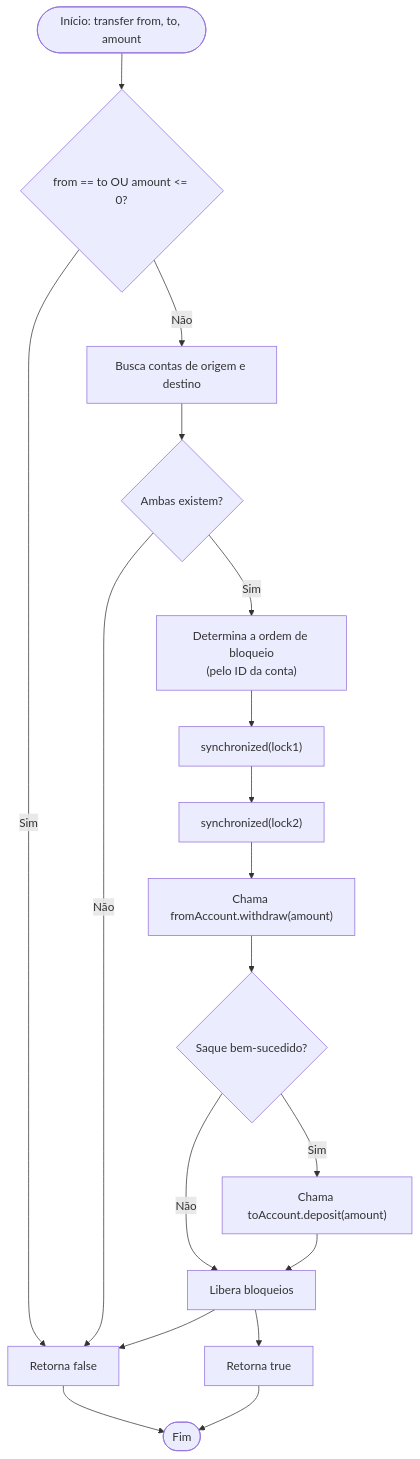
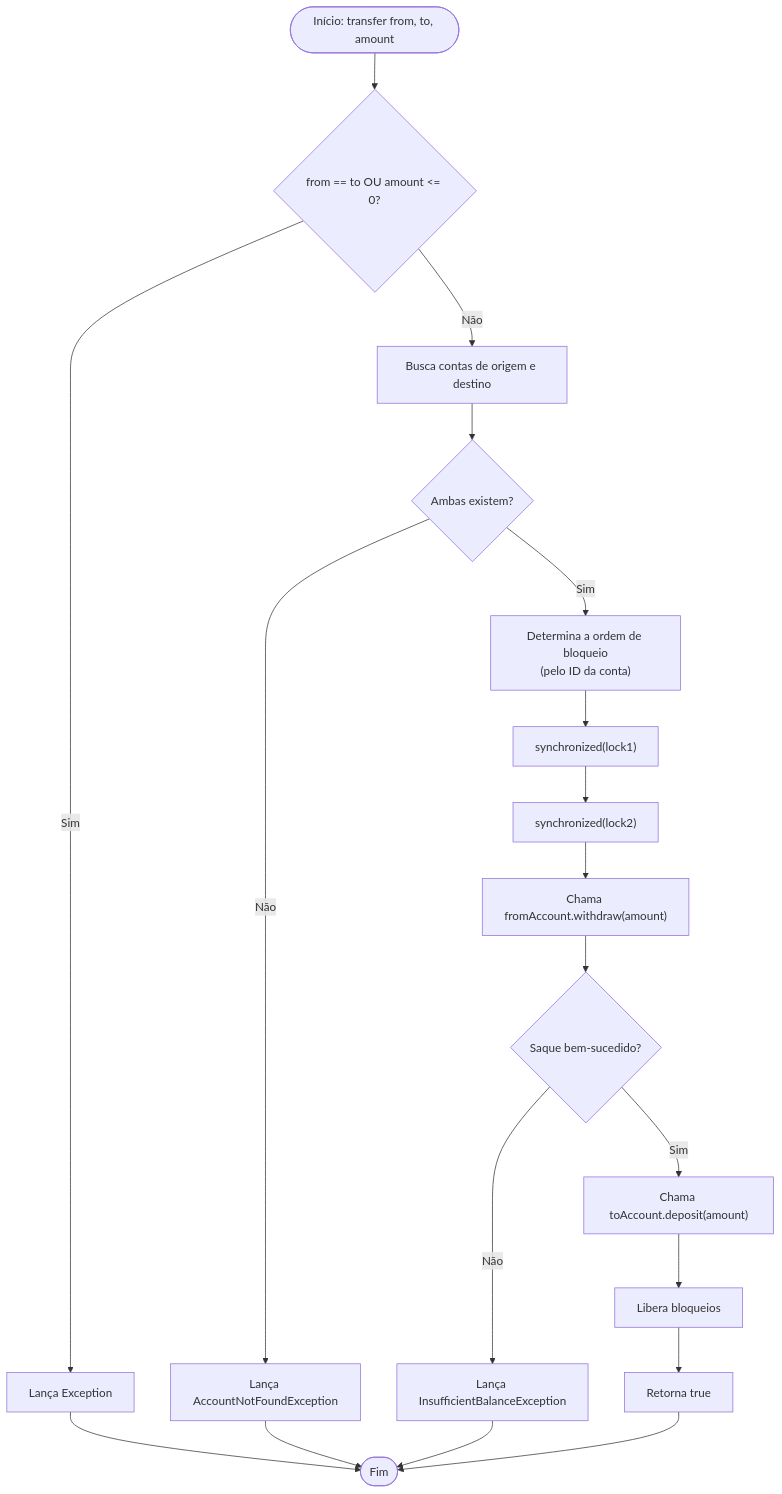
Before and after one commit to guiassys/nubank-training: the fourth of 4 diagrams in doc/architecture/mermaid_level_4.md, drawn with Mermaid. The commit also changed other lines of this file and 3 other files, not shown here.

Commit message:
fix: add exceptions in mermaid diagrans

````diff
--- a/doc/architecture/mermaid_level_4.md
+++ b/doc/architecture/mermaid_level_4.md
@@ -72,24 +73,26 @@
 ```mermaid
 flowchart TD
     Start([Início: transfer from, to, amount]) --> ValidateInput{from == to OU amount <= 0?}
-    ValidateInput -- Sim --> ReturnFalse[Retorna false]
+    ValidateInput -- Sim --> ThrowException[Lança Exception]
 
     ValidateInput -- Não --> GetAccounts[Busca contas de origem e destino]
     GetAccounts --> CheckAccounts{Ambas existem?}
-    CheckAccounts -- Não --> ReturnFalse
+    CheckAccounts -- Não --> ThrowNotFound[Lança AccountNotFoundException]
 
     CheckAccounts -- Sim --> DetermineLockOrder["Determina a ordem de bloqueio\n(pelo ID da conta)"]
     DetermineLockOrder --> AcquireLock1["synchronized(lock1)"]
     AcquireLock1 --> AcquireLock2["synchronized(lock2)"]
     
     AcquireLock2 --> Withdraw["Chama fromAccount.withdraw(amount)"]
     Withdraw --> CheckWithdraw{Saque bem-sucedido?}
-    CheckWithdraw -- Não --> ReleaseLocks["Libera bloqueios"] --> ReturnFalse
+    CheckWithdraw -- Não --> ThrowInsufficientBalance[Lança InsufficientBalanceException]
     
     CheckWithdraw -- Sim --> Deposit["Chama toAccount.deposit(amount)"]
-    Deposit --> ReleaseLocks
+    Deposit --> ReleaseLocks["Libera bloqueios"]
     ReleaseLocks --> ReturnTrue[Retorna true]
 
-    ReturnFalse --> End([Fim])
+    ThrowException --> End([Fim])
+    ThrowNotFound --> End
+    ThrowInsufficientBalance --> End
     ReturnTrue --> End
 ```
````
